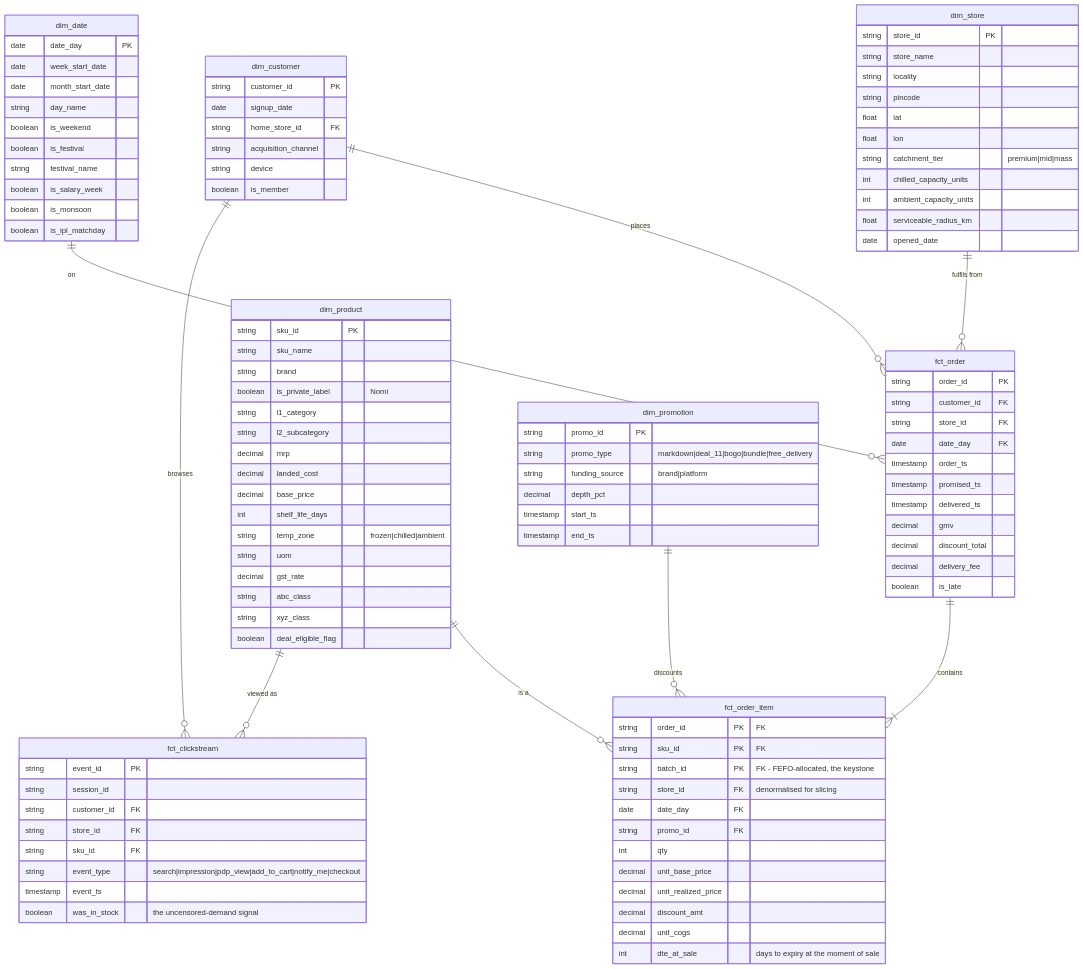
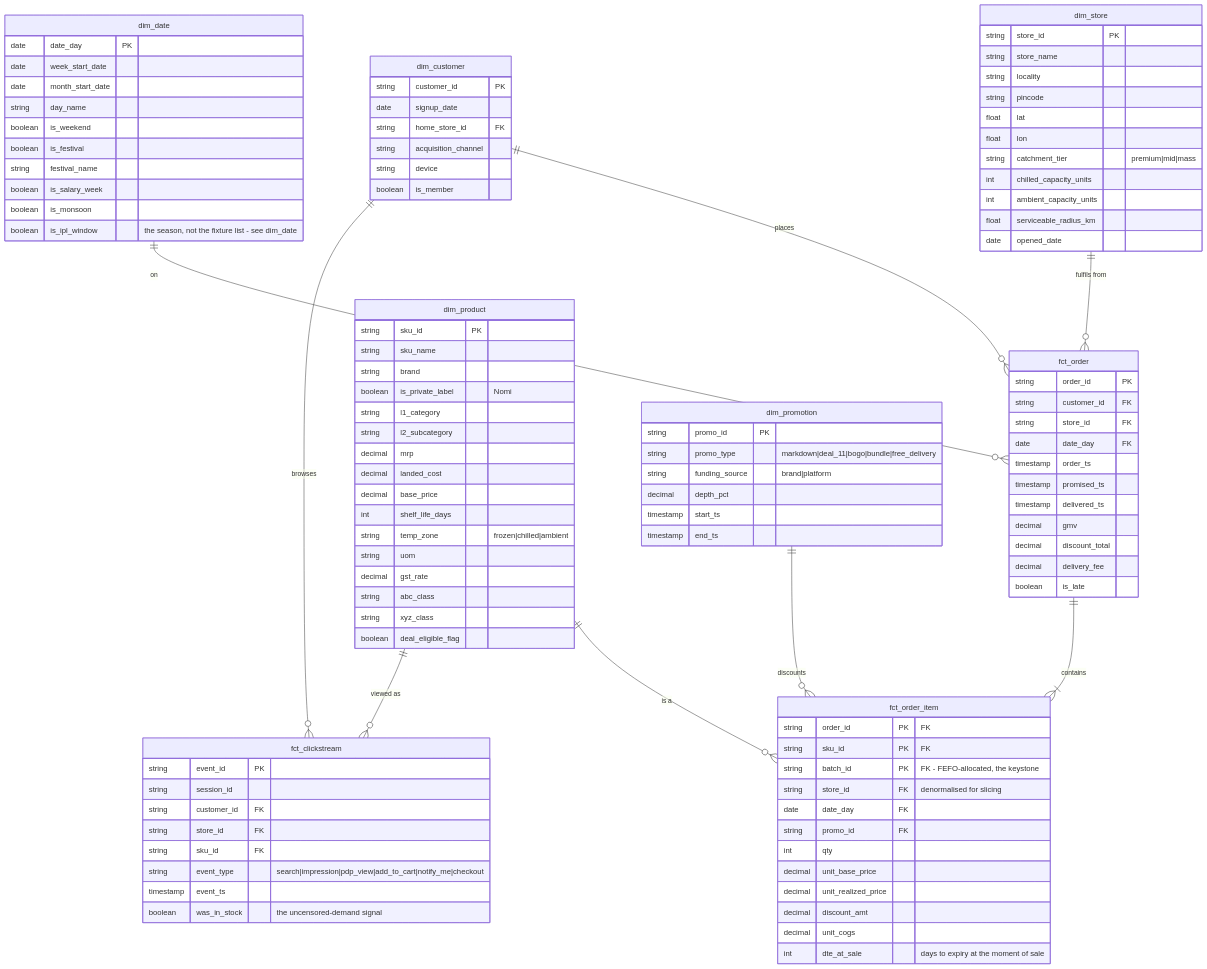
One commit to Yadnesh02/freshflow-qcommerce-analytics changed the first of 3 diagrams in docs/img/erd.md. Above: the diagram before and after it, drawn with Mermaid. The commit also changed other lines of this file and 15 other files, not shown here.

```diff
--- a/docs/img/erd.md
+++ b/docs/img/erd.md
@@ -81,7 +81,7 @@
         string  festival_name
         boolean is_salary_week
         boolean is_monsoon
-        boolean is_ipl_matchday
+        boolean is_ipl_window "the season, not the fixture list - see dim_date"
     }
 
     dim_promotion {
```
